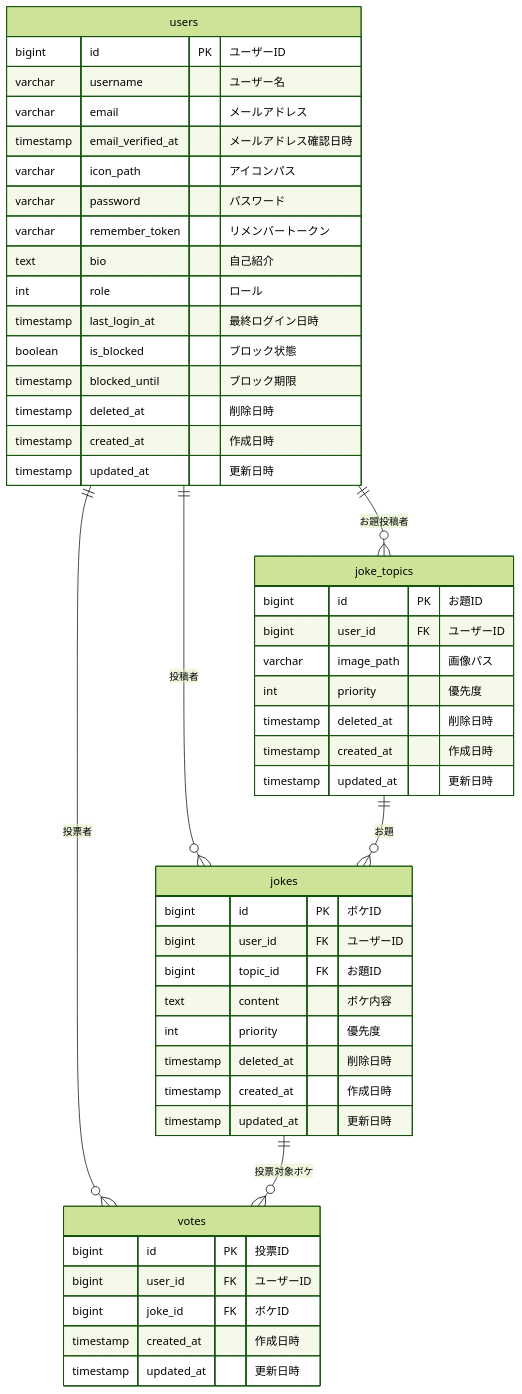
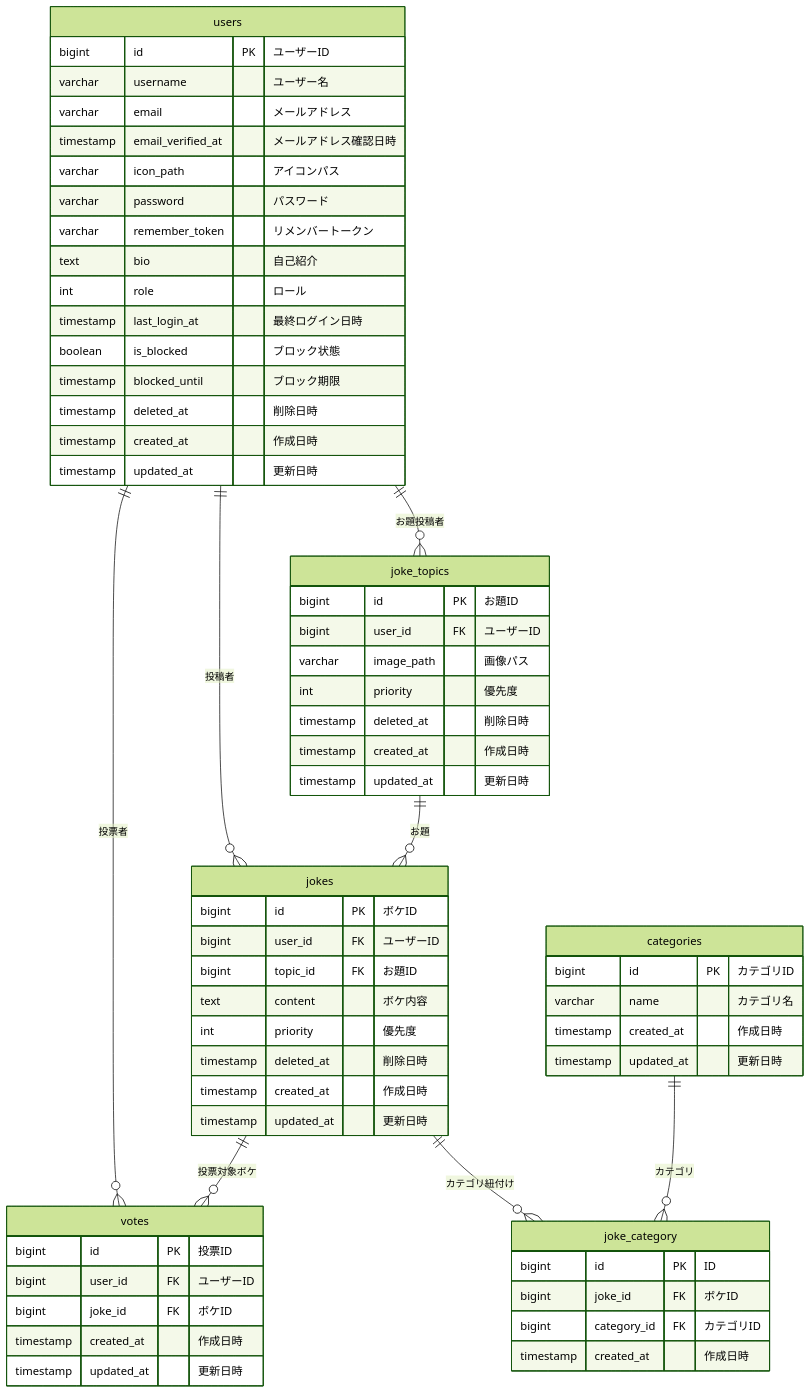
The diagram in doc/DB/README.md (Hirozou8080/bokemasho), drawn with Mermaid (forest theme) before and after one commit. The commit also changed other lines of this file and 16 other files, not shown here.

````diff
--- a/doc/DB/README.md
+++ b/doc/DB/README.md
@@ -17,55 +19,71 @@
 ```mermaid
 erDiagram
     users ||--o{ joke_topics : "お題投稿者"
     users ||--o{ jokes : "投稿者"
     users ||--o{ votes : "投票者"
     joke_topics ||--o{ jokes : "お題"
     jokes ||--o{ votes : "投票対象ボケ"
+    jokes ||--o{ joke_category : "カテゴリ紐付け"
+    categories ||--o{ joke_category : "カテゴリ"
 
     users {
         bigint id PK "ユーザーID"
         varchar username "ユーザー名"
         varchar email "メールアドレス"
         timestamp email_verified_at "メールアドレス確認日時"
         varchar icon_path "アイコンパス"
         varchar password "パスワード"
         varchar remember_token "リメンバートークン"
         text bio "自己紹介"
         int role "ロール"
         timestamp last_login_at "最終ログイン日時"
         boolean is_blocked "ブロック状態"
         timestamp blocked_until "ブロック期限"
         timestamp deleted_at "削除日時"
         timestamp created_at "作成日時"
         timestamp updated_at "更新日時"
     }
 
     joke_topics {
         bigint id PK "お題ID"
         bigint user_id FK "ユーザーID"
         varchar image_path "画像パス"
         int priority "優先度"
         timestamp deleted_at "削除日時"
         timestamp created_at "作成日時"
         timestamp updated_at "更新日時"
     }
 
     jokes {
         bigint id PK "ボケID"
         bigint user_id FK "ユーザーID"
         bigint topic_id FK "お題ID"
         text content "ボケ内容"
         int priority "優先度"
         timestamp deleted_at "削除日時"
         timestamp created_at "作成日時"
         timestamp updated_at "更新日時"
     }
 
     votes {
         bigint id PK "投票ID"
         bigint user_id FK "ユーザーID"
         bigint joke_id FK "ボケID"
         timestamp created_at "作成日時"
         timestamp updated_at "更新日時"
     }
+
+    categories {
+        bigint id PK "カテゴリID"
+        varchar name "カテゴリ名"
+        timestamp created_at "作成日時"
+        timestamp updated_at "更新日時"
+    }
+
+    joke_category {
+        bigint id PK "ID"
+        bigint joke_id FK "ボケID"
+        bigint category_id FK "カテゴリID"
+        timestamp created_at "作成日時"
+    }
 ```
````
